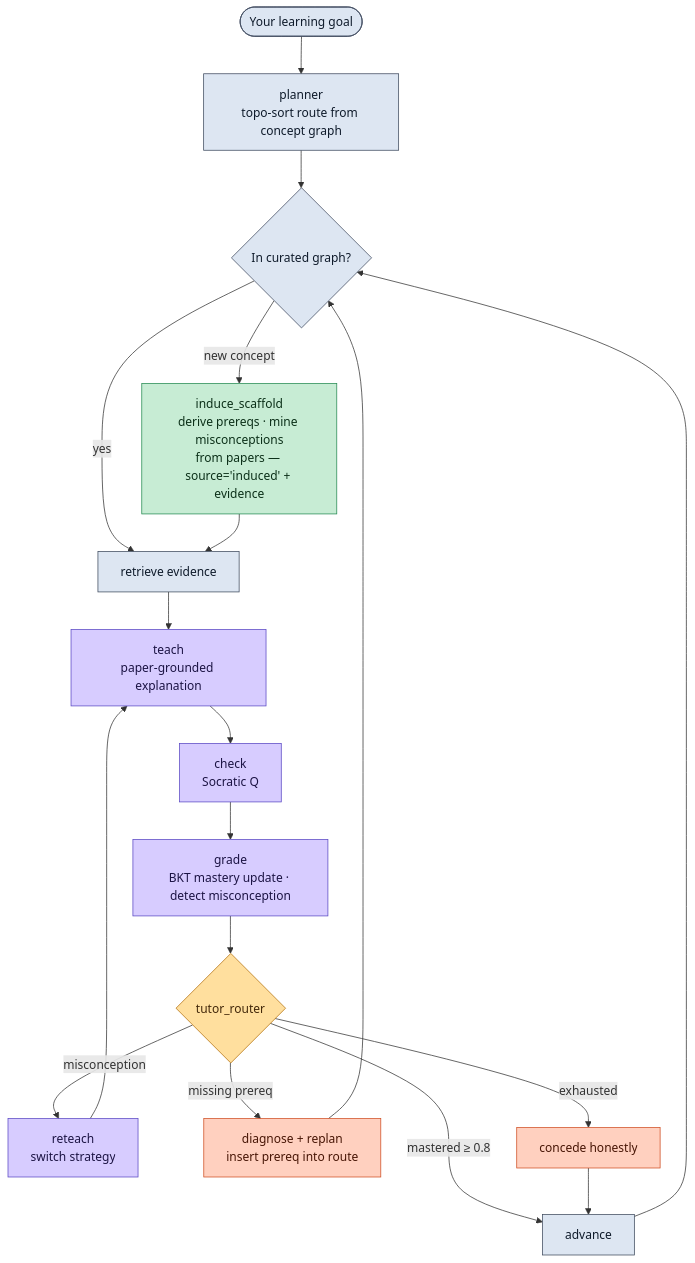
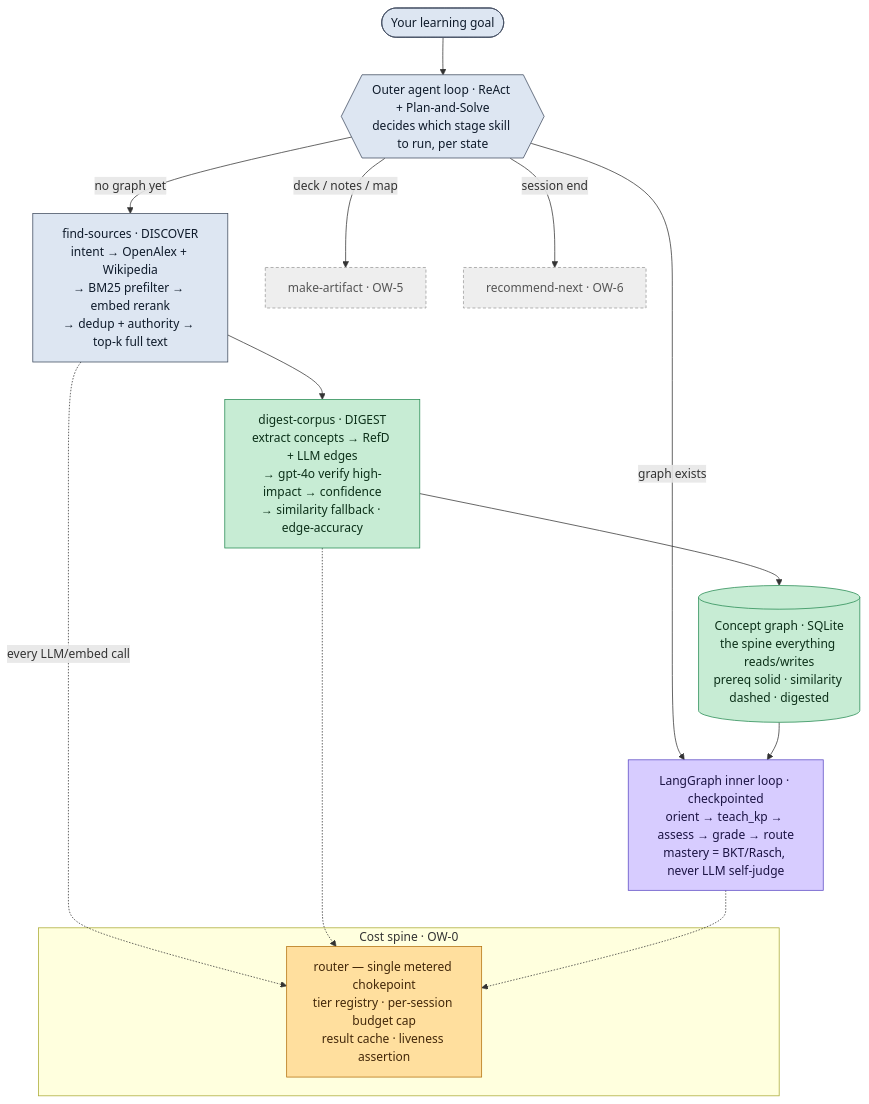
The diagram in README.md (The-Architect-3906/LitNavigator), drawn with Mermaid before and after one commit. The commit also changed other lines of this file and 22 other files, not shown here.

First line of the commit message:
docs: consolidate MDs — OPEN-WORLD-STATUS tracker + open-world README (with architecture diagram); archive process/legacy docs

````diff
--- a/README.md
+++ b/README.md
@@ -34,31 +34,27 @@
 ```mermaid
 flowchart TD
-    A([Your learning goal]) --> P[planner\ntopo-sort route from concept graph]
-    P --> S{In curated graph?}
-    S -->|new concept| I[induce_scaffold\nderive prereqs · mine misconceptions\nfrom papers — source='induced' + evidence]
-    S -->|yes| R[retrieve evidence]
-    I --> R
-    R --> T[teach\npaper-grounded explanation]
-    T --> C[check\nSocratic Q]
-    C --> G[grade\nBKT mastery update · detect misconception]
-    G --> RT{tutor_router}
-    RT -->|mastered ≥ 0.8| ADV[advance]
-    RT -->|misconception| RE[reteach\nswitch strategy]
-    RE --> T
-    RT -->|missing prereq| DG[diagnose + replan\ninsert prereq into route]
-    RT -->|exhausted| CC[concede honestly]
-    CC --> ADV
-    DG --> S
-    ADV --> S
+    G([Your learning goal]) --> OL{{Outer agent loop · ReAct + Plan-and-Solve\ndecides which stage skill to run, per state}}
 
-    classDef base fill:#dde6f2,stroke:#3f4b5e,color:#0f1b2b;
+    OL -->|no graph yet| FS[find-sources · DISCOVER\nintent → OpenAlex + Wikipedia\n→ BM25 prefilter → embed rerank\n→ dedup + authority → top-k full text]
+    FS --> DG[digest-corpus · DIGEST\nextract concepts → RefD + LLM edges\n→ gpt-4o verify high-impact → confidence\n→ similarity fallback · edge-accuracy]
+    DG --> CG[(Concept graph · SQLite\nthe spine everything reads/writes\nprereq solid · similarity dashed · digested)]
+
+    OL -->|graph exists| IN[LangGraph inner loop · checkpointed\norient → teach_kp → assess → grade → route\nmastery = BKT/Rasch, never LLM self-judge]
+    CG --> IN
+    OL -->|deck / notes / map| MA[make-artifact · OW-5]
+    OL -->|session end| RN[recommend-next · OW-6]
+
+    FS -.every LLM/embed call.-> RT
+    DG -.-> RT
+    IN -.-> RT
+    subgraph SPINE [Cost spine · OW-0]
+      RT[router — single metered chokepoint\ntier registry · per-session budget cap\nresult cache · liveness assertion]
+    end
+
+    classDef disc fill:#dde6f2,stroke:#3f4b5e,color:#0f1b2b;
+    classDef dig fill:#c7ecd4,stroke:#258a51,color:#0c3019;
     classDef teach fill:#d7ccff,stroke:#5b49c4,color:#1c1444;
-    classDef route fill:#ffdf9e,stroke:#b3700d,color:#43280a;
-    classDef induce fill:#c7ecd4,stroke:#258a51,color:#0c3019;
-    classDef gap fill:#ffd0bf,stroke:#cf4f24,color:#481606;
-    class A,P,S,R,ADV base;
-    class T,C,G,RE teach;
-    class RT route;
-    class I induce;
-    class DG,CC gap;
+    classDef spine fill:#ffdf9e,stroke:#b3700d,color:#43280a;
+    classDef pending fill:#eee,stroke:#999,color:#555,stroke-dasharray:4 3;
+    class G,OL disc; class FS disc; class DG,CG dig; class IN teach; class RT spine; class MA,RN pending;
 ```
````
